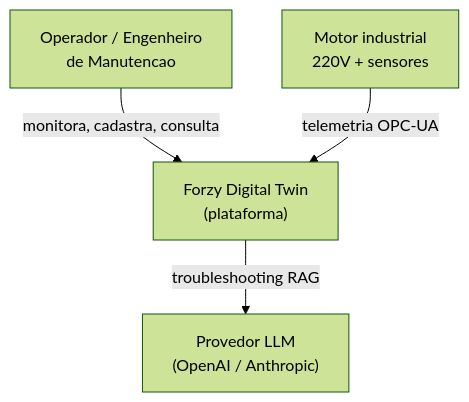
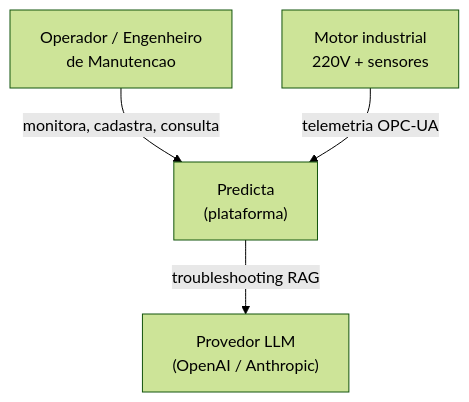
Before and after one commit to viniciusadrian1/predicta-forzy: the first of 4 diagrams in docs/architecture.md, drawn with Mermaid (forest theme). The commit also changed other lines of this file and 27 other files, not shown here.

````diff
--- a/docs/architecture.md
+++ b/docs/architecture.md
@@ -18,11 +18,11 @@
 ```mermaid
 flowchart TD
     operador["Operador / Engenheiro<br/>de Manutencao"]
-    forzy["Forzy Digital Twin<br/>(plataforma)"]
+    forzy["Predicta<br/>(plataforma)"]
     motor["Motor industrial<br/>220V + sensores"]
     llm["Provedor LLM<br/>(OpenAI / Anthropic)"]
 
     operador -->|monitora, cadastra, consulta| forzy
     motor -->|telemetria OPC-UA| forzy
     forzy -->|troubleshooting RAG| llm
 ```
````
